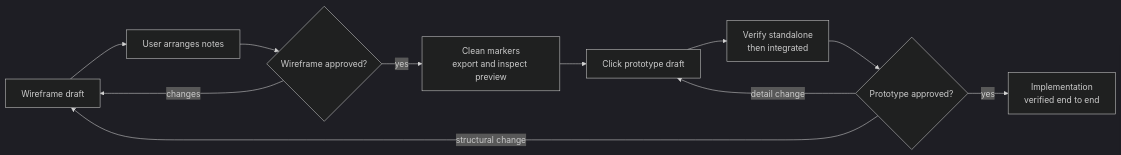
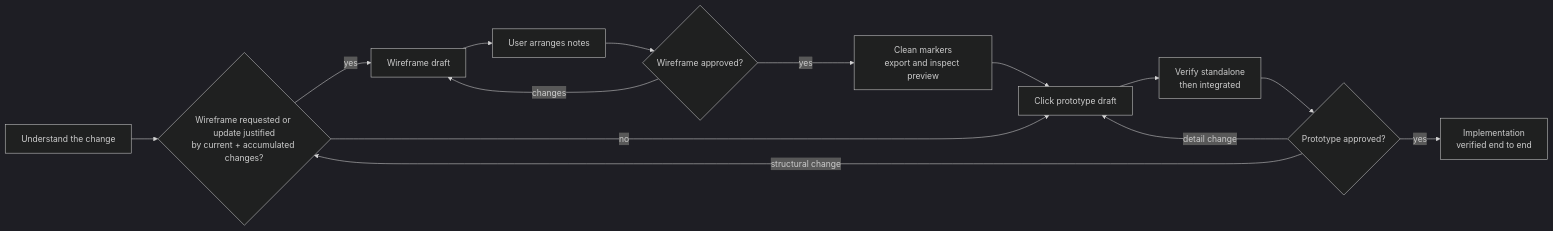
One commit to eG-dev/MONkEY changed the diagram in .github/skills/ui-ux-design/SKILL.md. Above: the diagram before and after it, drawn with Mermaid (dark theme). The commit also changed other lines of this file and 8 other files, not shown here.

````diff
--- a/.github/skills/ui-ux-design/SKILL.md
+++ b/.github/skills/ui-ux-design/SKILL.md
@@ -40,13 +57,16 @@
 ```mermaid
 flowchart LR
-  D[Wireframe draft] --> N[User arranges notes]
+  S[Understand the change] --> Q{Wireframe requested or update justified<br>by current + accumulated changes?}
+  Q -- yes --> D[Wireframe draft]
+  Q -- no --> P[Click prototype draft]
+  D --> N[User arranges notes]
   N --> W{Wireframe approved?}
   W -- changes --> D
   W -- yes --> C[Clean markers<br>export and inspect preview]
-  C --> P[Click prototype draft]
+  C --> P
   P --> V[Verify standalone<br>then integrated]
   V --> R{Prototype approved?}
-  R -- structural change --> D
+  R -- structural change --> Q
   R -- detail change --> P
   R -- yes --> I[Implementation<br>verified end to end]
 ```
````
